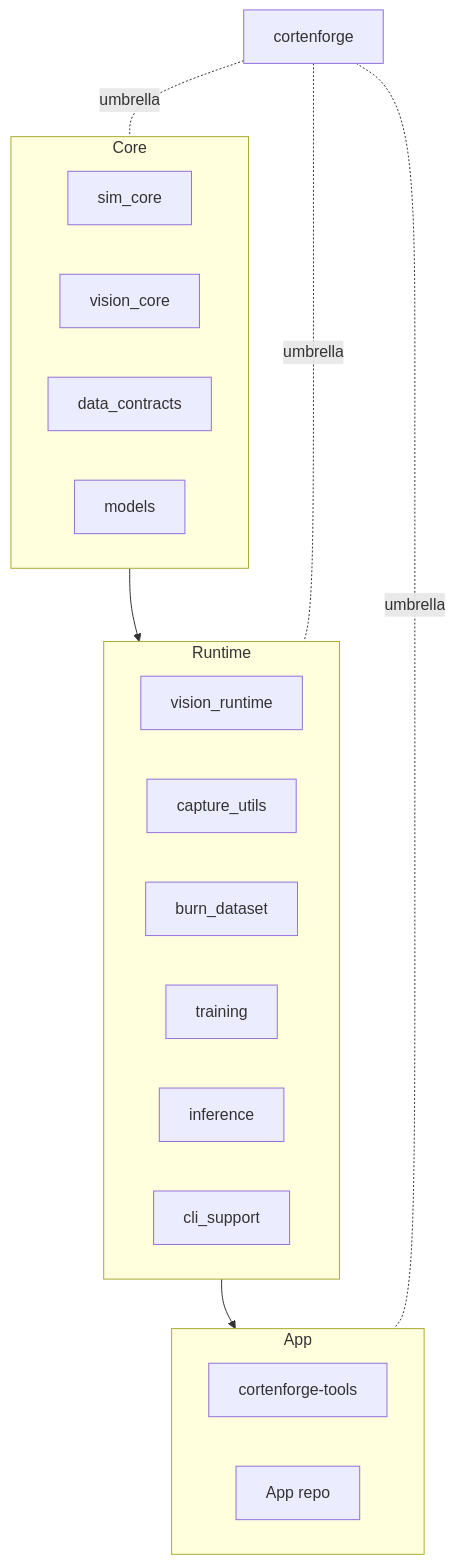
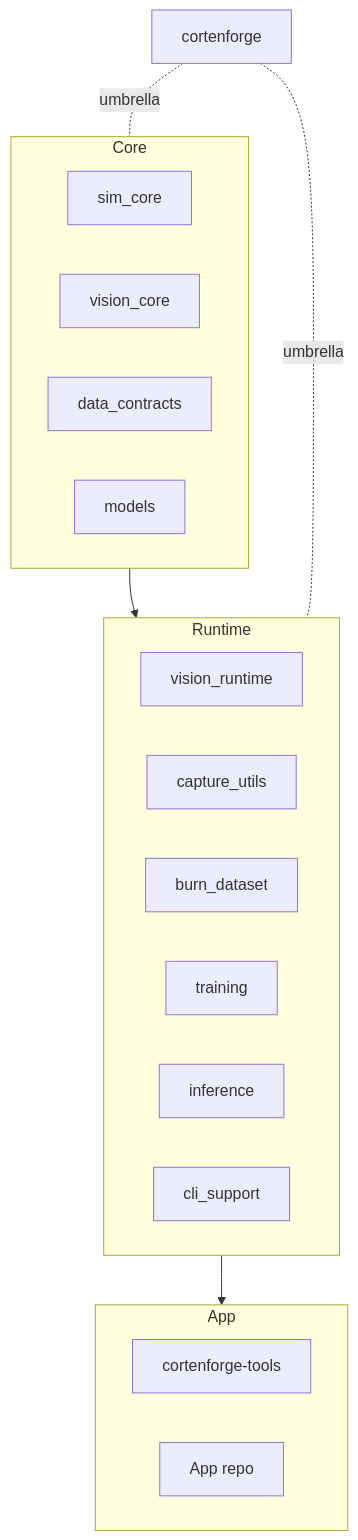
The second of 2 diagrams in docs/cortenforge_book/src/00_workspace/overview.md (bigmark222/Mission_Impossibowel), drawn with Mermaid before and after one commit. The commit also changed other lines of this file and 16 other files, not shown here.

````diff
--- a/docs/cortenforge_book/src/00_workspace/overview.md
+++ b/docs/cortenforge_book/src/00_workspace/overview.md
@@ -80,28 +81,27 @@
 ```mermaid
 flowchart TD
     subgraph Core
         SC[sim_core]
         VC[vision_core]
         DC[data_contracts]
         M[models]
     end
 
     subgraph Runtime
         VR[vision_runtime]
         CU[capture_utils]
         BD[burn_dataset]
         TR[training]
         INF[inference]
         CLI[cli_support]
     end
 
     subgraph App
         TOOLS[cortenforge-tools]
         APP[App repo]
     end
 
     Core --> Runtime --> App
     CF[cortenforge] -. umbrella .- Core
     CF -. umbrella .- Runtime
-    CF -. umbrella .- App
 ```
````
